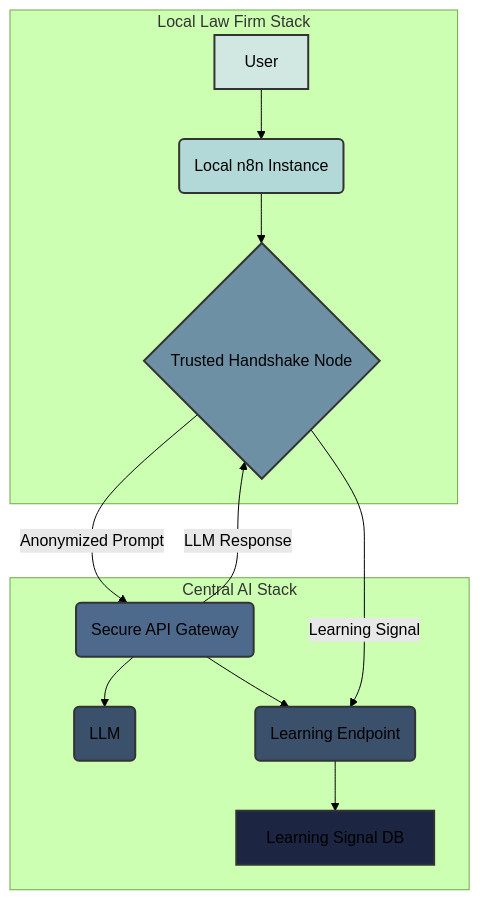
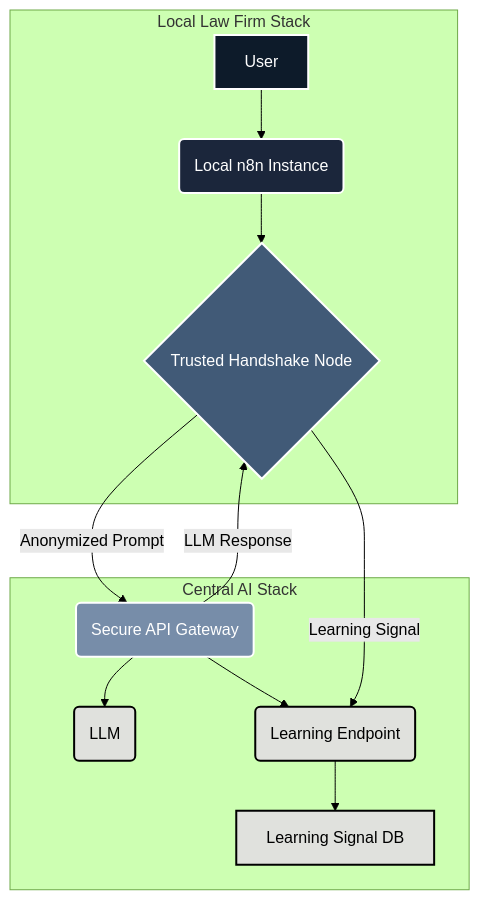
Before and after one commit to the-ai-entrepreneur-ai-hub/anwalts-ai-vision-2030: the first of 2 diagrams in EXECUTION_PLAN.md, drawn with Mermaid (forest theme). The commit also changed 1 other file, not shown here.

Commit message:
Update diagram colors to high contrast for clarity

````diff
--- a/EXECUTION_PLAN.md
+++ b/EXECUTION_PLAN.md
@@ -21,25 +21,25 @@
 ```mermaid
 graph TD
     subgraph "Local Law Firm Stack"
         A[User] --> B(Local n8n Instance);
         B --> C{Trusted Handshake Node};
     end
 
     subgraph "Central AI Stack"
         D(Secure API Gateway) --> E(LLM);
         D --> F(Learning Endpoint);
         F --> G[Learning Signal DB];
     end
 
     C -- Anonymized Prompt --> D;
     D -- LLM Response --> C;
     C -- Learning Signal --> F;
 
-    style A fill:#D1E8E2,stroke:#333,stroke-width:2px
-    style B fill:#B2D8D8,stroke:#333,stroke-width:2px
-    style C fill:#6E90A5,stroke:#333,stroke-width:2px
-    style D fill:#4D6A8D,stroke:#333,stroke-width:2px
-    style E fill:#3A506B,stroke:#333,stroke-width:2px
-    style F fill:#3A506B,stroke:#333,stroke-width:2px
-    style G fill:#1C2541,stroke:#333,stroke-width:2px
+    style A fill:#0d1b2a,stroke:#ffffff,stroke-width:2px,color:#ffffff
+    style B fill:#1b263b,stroke:#ffffff,stroke-width:2px,color:#ffffff
+    style C fill:#415a77,stroke:#ffffff,stroke-width:2px,color:#ffffff
+    style D fill:#778da9,stroke:#ffffff,stroke-width:2px,color:#ffffff
+    style E fill:#e0e1dd,stroke:#000000,stroke-width:2px,color:#000000
+    style F fill:#e0e1dd,stroke:#000000,stroke-width:2px,color:#000000
+    style G fill:#e0e1dd,stroke:#000000,stroke-width:2px,color:#000000
 ```
````
